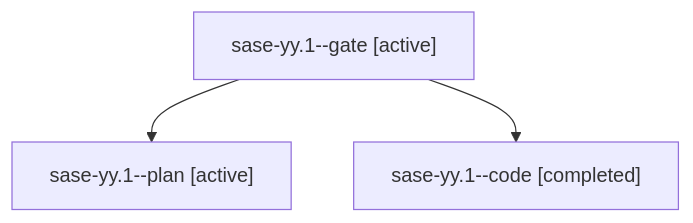
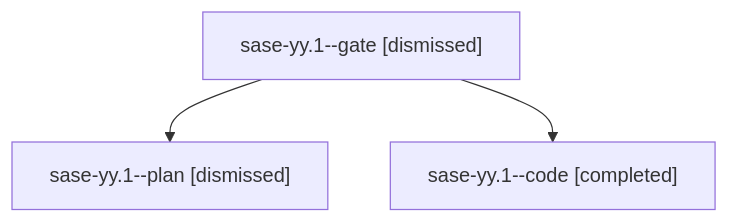
One commit to sase-org/sase--agents changed the diagram in sessions/bbugyi200.athena.sase-yy.1.md. Above: the diagram before and after it, drawn with Mermaid. The commit also changed other lines of this file and 208 other files, not shown here.

````diff
--- a/sessions/bbugyi200.athena.sase-yy.1.md
+++ b/sessions/bbugyi200.athena.sase-yy.1.md
@@ -9,8 +9,8 @@
 ```mermaid
 flowchart TD
-  n0["sase-yy.1--gate [active]"]
-  n1["sase-yy.1--plan [active]"]
+  n0["sase-yy.1--gate [dismissed]"]
+  n1["sase-yy.1--plan [dismissed]"]
   n0 --> n1
   n2["sase-yy.1--code [completed]"]
   n0 --> n2
 ```
````
